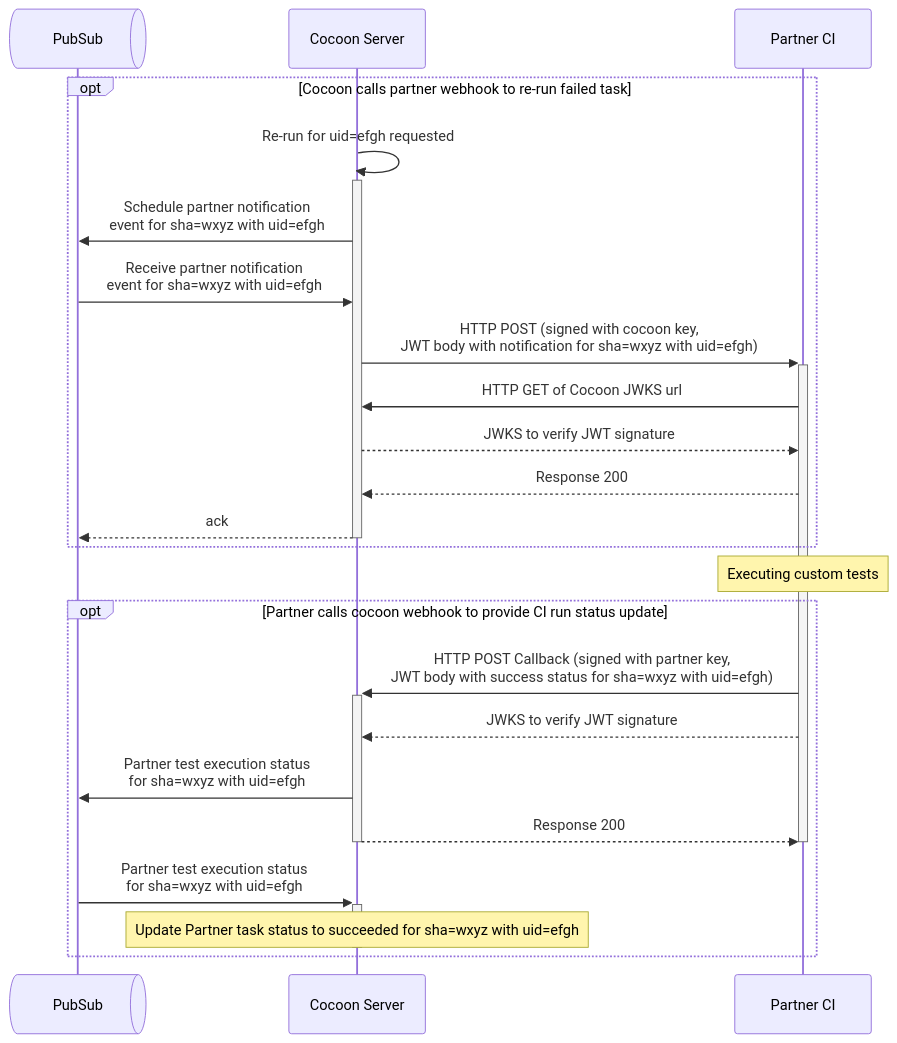
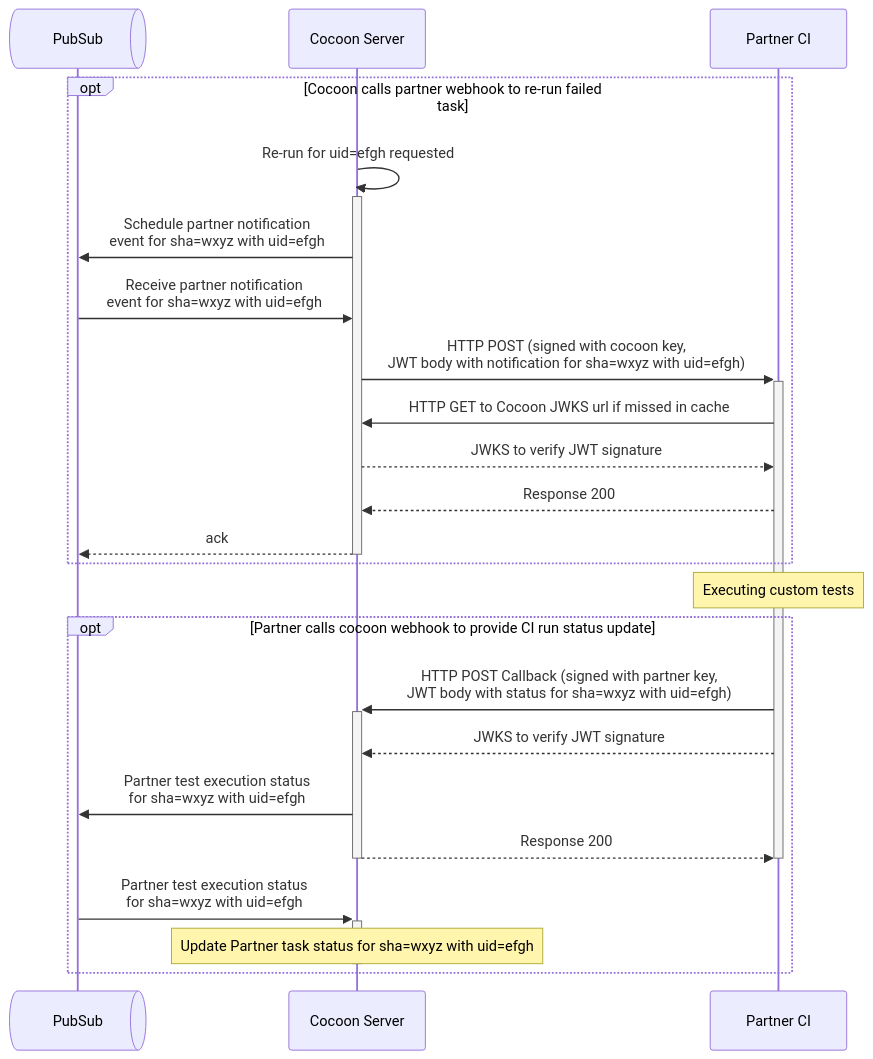
The sixth of 8 diagrams in rfc/610.0000-flutter-pluggable-ci.md (flutter/rfc), drawn with Mermaid before and after one commit. The commit also changed other lines of this file, not shown here.

````diff
--- a/rfc/610.0000-flutter-pluggable-ci.md
+++ b/rfc/610.0000-flutter-pluggable-ci.md
@@ -165,31 +165,31 @@
 ```mermaid
 sequenceDiagram
     participant PubSub@{"type":"queue"}
     participant Cocoon as Cocoon Server
     participant Partner as Partner CI
 
     opt Cocoon calls partner webhook to re-run failed task
         Cocoon->>+Cocoon: Re-run for uid=efgh requested
         Cocoon->>PubSub: Schedule partner notification<br/>event for sha=wxyz with uid=efgh
         PubSub->>Cocoon: Receive partner notification<br/>event for sha=wxyz with uid=efgh
         Cocoon->>+Partner: HTTP POST (signed with cocoon key,<br/>JWT body with notification for sha=wxyz with uid=efgh)
-        Partner->>Cocoon: HTTP GET of Cocoon JWKS url
+        Partner->>Cocoon: HTTP GET to Cocoon JWKS url if missed in cache
         Cocoon-->>Partner: JWKS to verify JWT signature
         Partner-->>Cocoon: Response 200
         Cocoon-->>-PubSub: ack
     end
 
     Note over Partner: Executing custom tests
 
     opt Partner calls cocoon webhook to provide CI run status update
-        Partner->>+Cocoon: HTTP POST Callback (signed with partner key,<br/>JWT body with success status for sha=wxyz with uid=efgh)
+        Partner->>+Cocoon: HTTP POST Callback (signed with partner key,<br/>JWT body with status for sha=wxyz with uid=efgh)
         Partner-->>Cocoon: JWKS to verify JWT signature
         Cocoon->>PubSub: Partner test execution status<br/>for sha=wxyz with uid=efgh
         Cocoon-->>-Partner: Response 200
         deactivate Partner
 
         PubSub->>+Cocoon: Partner test execution status<br/>for sha=wxyz with uid=efgh
-        Note over Cocoon: Update Partner task status to succeeded for sha=wxyz with uid=efgh
+        Note over Cocoon: Update Partner task status for sha=wxyz with uid=efgh
         deactivate Cocoon
     end
 ```
````
